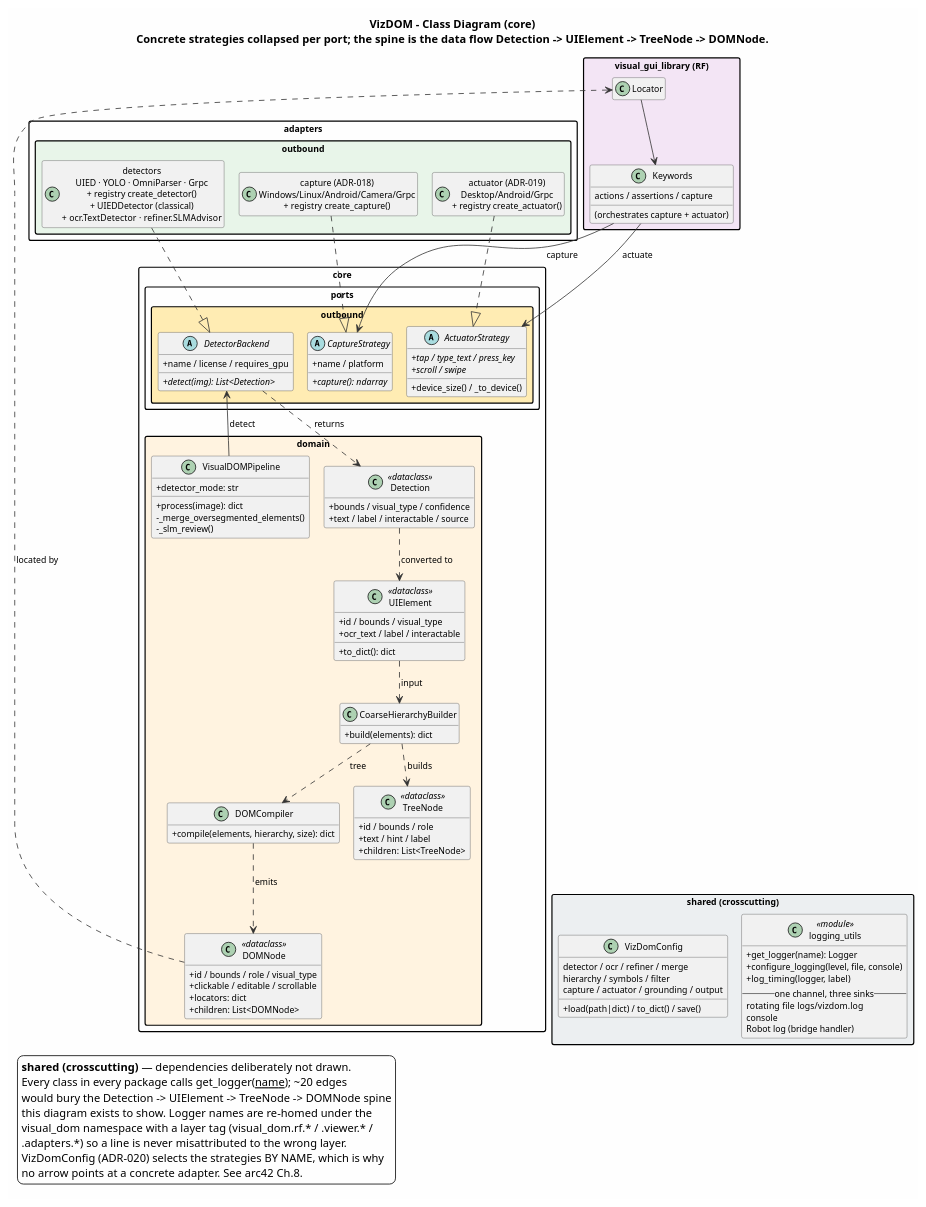
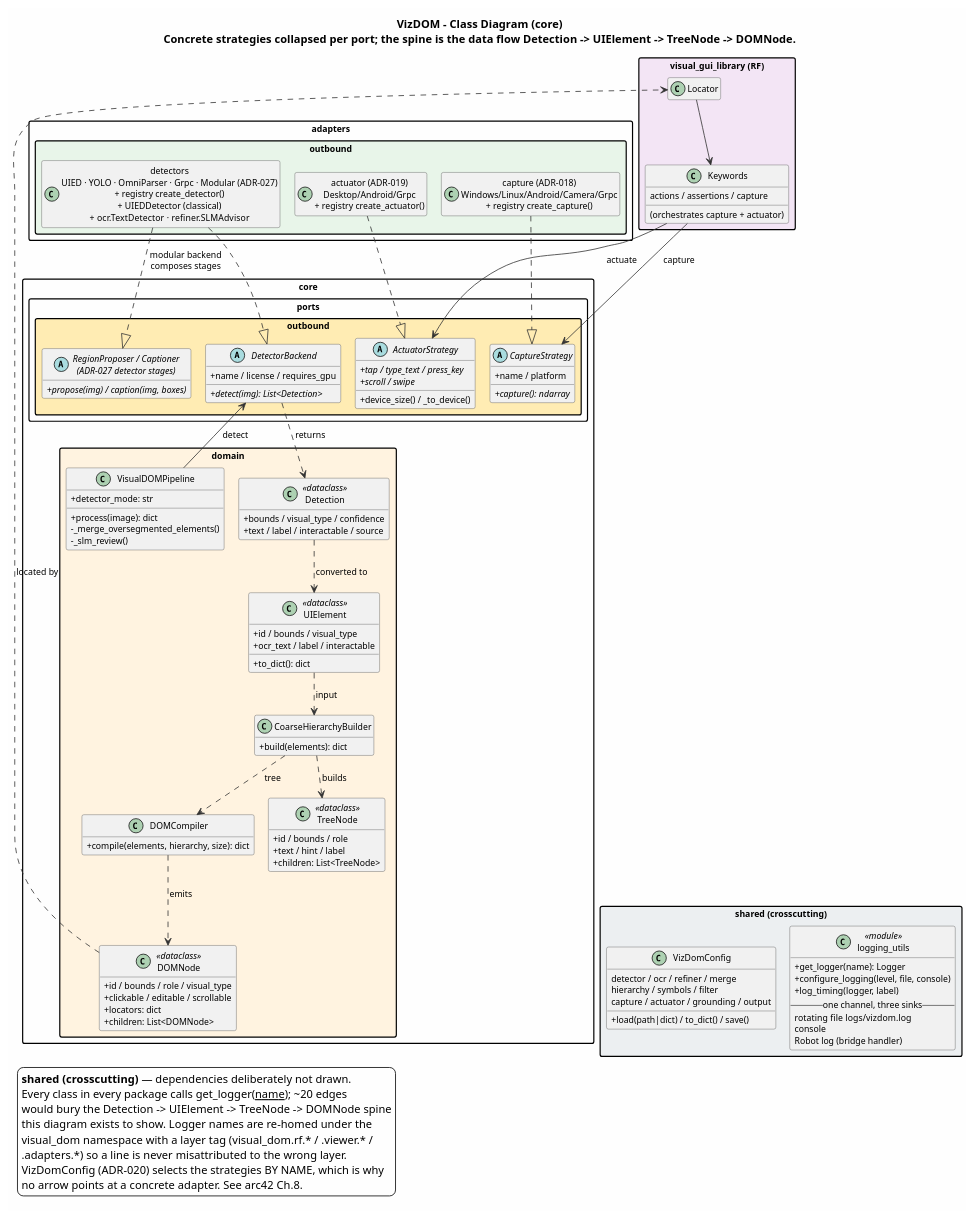
Before and after one commit to milanac030988/vizdom: the diagram in docs/diagrams/class.puml, drawn with PlantUML. The commit also changed 3 other files, not shown here.

First line of the commit message:
docs(diagrams): add the ADR-027 modular detector to the architecture diagrams

```diff
--- a/docs/diagrams/class.puml
+++ b/docs/diagrams/class.puml
@@ -1,160 +1,164 @@
 @startuml Class_Diagram
 !pragma layout smetana
 top to bottom direction
 
 skinparam backgroundColor #FEFEFE
 skinparam defaultFontName Arial
 skinparam defaultFontSize 11
 skinparam classAttributeIconSize 0
 skinparam nodesep 14
 skinparam ranksep 34
 skinparam class {
     BorderColor #555555
     ArrowColor #333333
 }
 skinparam packageStyle rectangle
 hide empty members
 
 title VizDOM - Class Diagram (core)\nConcrete strategies collapsed per port; the spine is the data flow Detection -> UIElement -> TreeNode -> DOMNode.
 
 ' ============================================================
 ' PORTS (core.ports.outbound) — stacked vertically (hidden edges) to stay narrow
 ' ============================================================
 package "core.ports.outbound" #FFECB3 {
     abstract class DetectorBackend {
         +name / license / requires_gpu
         +{abstract} detect(img): List<Detection>
     }
+    abstract class "RegionProposer / Captioner\n(ADR-027 detector stages)" as StagePorts {
+        +{abstract} propose(img) / caption(img, boxes)
+    }
     abstract class CaptureStrategy {
         +name / platform
         +{abstract} capture(): ndarray
     }
     abstract class ActuatorStrategy {
         +{abstract} tap / type_text / press_key
         +{abstract} scroll / swipe
         +device_size() / _to_device()
     }
 }
 
 ' ============================================================
 ' DRIVEN ADAPTERS (adapters.outbound) — one collapsed box per port, stacked
 ' ============================================================
 package "adapters.outbound" #E8F5E9 {
-    class "detectors\nUIED · YOLO · OmniParser · Grpc\n+ registry create_detector()\n+ UIEDDetector (classical)\n+ ocr.TextDetector · refiner.SLMAdvisor" as DetImpls
+    class "detectors\nUIED · YOLO · OmniParser · Grpc · Modular (ADR-027)\n+ registry create_detector()\n+ UIEDDetector (classical)\n+ ocr.TextDetector · refiner.SLMAdvisor" as DetImpls
     class "capture (ADR-018)\nWindows/Linux/Android/Camera/Grpc\n+ registry create_capture()" as CapImpls
     class "actuator (ADR-019)\nDesktop/Android/Grpc\n+ registry create_actuator()" as ActImpls
 }
 
 ' ============================================================
 ' DOMAIN (core.domain) — orchestration + the data-model spine
 ' ============================================================
 package "core.domain" #FFF3E0 {
     class VisualDOMPipeline {
         +detector_mode: str
         +process(image): dict
         -_merge_oversegmented_elements()
         -_slm_review()
     }
     class Detection <<dataclass>> {
         +bounds / visual_type / confidence
         +text / label / interactable / source
     }
     class UIElement <<dataclass>> {
         +id / bounds / visual_type
         +ocr_text / label / interactable
         +to_dict(): dict
     }
     class CoarseHierarchyBuilder {
         +build(elements): dict
     }
     class TreeNode <<dataclass>> {
         +id / bounds / role
         +text / hint / label
         +children: List<TreeNode>
     }
     class DOMCompiler {
         +compile(elements, hierarchy, size): dict
     }
     class DOMNode <<dataclass>> {
         +id / bounds / role / visual_type
         +clickable / editable / scrollable
         +locators: dict
         +children: List<DOMNode>
     }
 }
 
 ' ============================================================
 ' CONSUMER (thin client)
 ' ============================================================
 package "visual_gui_library (RF)" #F3E5F5 {
     class Keywords {
         actions / assertions / capture
         (orchestrates capture + actuator)
     }
     class Locator
 }
 
 ' ============================================================
 ' CROSSCUTTING / SHARED  (used by every package above)
 ' ============================================================
 package "shared (crosscutting)" #ECEFF1 {
     class "logging_utils" as Logging <<module>> {
         +get_logger(name): Logger
         +configure_logging(level, file, console)
         +log_timing(logger, label)
         --one channel, three sinks--
         rotating file  logs/vizdom.log
         console
         Robot log (bridge handler)
     }
     class VizDomConfig {
         detector / ocr / refiner / merge
         hierarchy / symbols / filter
         capture / actuator / grounding / output
         +load(path|dict) / to_dict() / save()
     }
 }
 
 ' ============================================================
 ' Relationships — adapters implement ports (inward); domain spine flows down
 ' ============================================================
 DetImpls ..|> DetectorBackend
+DetImpls ..|> StagePorts : modular backend\ncomposes stages
 CapImpls ..|> CaptureStrategy
 ActImpls ..|> ActuatorStrategy
 
 ' pipeline depends on the ports (not the concretes)
 VisualDOMPipeline --> DetectorBackend : detect
 DetectorBackend ..> Detection : returns
 
 ' the data-model spine (top -> bottom)
 Detection ..> UIElement : converted to
 UIElement ..> CoarseHierarchyBuilder : input
 CoarseHierarchyBuilder ..> TreeNode : builds
 CoarseHierarchyBuilder ..> DOMCompiler : tree
 DOMCompiler ..> DOMNode : emits
 
 ' consumer
 DOMNode ..> Locator : located by
 Locator --> Keywords
 Keywords --> CaptureStrategy : capture
 Keywords --> ActuatorStrategy : actuate
 
 ' Layout only (no dependency implied - see the note on Logging): anchor the
 ' crosscutting package to the END of the data-flow spine so it fills the empty
 ' bottom-right area instead of widening the canvas on the left.
 DOMNode -[hidden]right-> VizDomConfig
 
 
 
 legend left
   **shared (crosscutting)** — dependencies deliberately not drawn.
   Every class in every package calls get_logger(__name__); ~20 edges
   would bury the Detection -> UIElement -> TreeNode -> DOMNode spine
   this diagram exists to show. Logger names are re-homed under the
   visual_dom namespace with a layer tag (visual_dom.rf.* / .viewer.* /
   .adapters.*) so a line is never misattributed to the wrong layer.
   VizDomConfig (ADR-020) selects the strategies BY NAME, which is why
   no arrow points at a concrete adapter. See arc42 Ch.8.
 end legend
 
 @enduml
```
